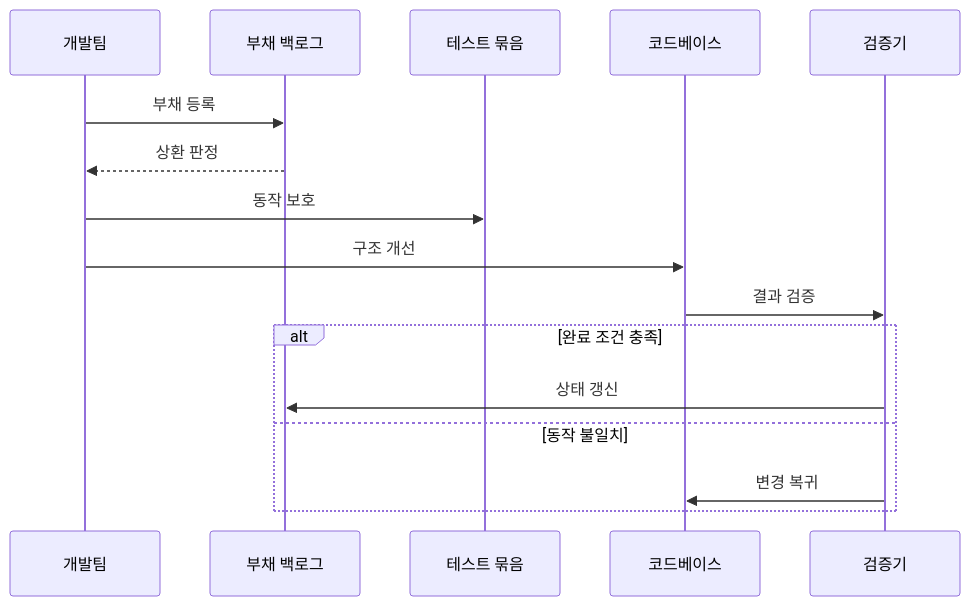
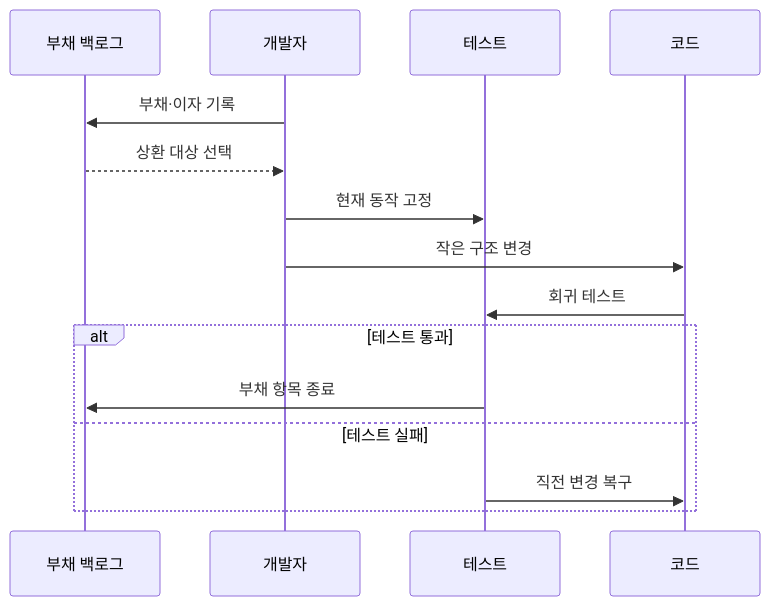
Before and after one commit to agnusdei1207/knowledge-base: the second of 2 diagrams in src/content/docs/notes/03-software/065_refactoring_technical_debt.md, drawn with Mermaid. The commit also changed other lines of this file and 7 other files, not shown here.

````diff
--- a/src/content/docs/notes/03-software/065_refactoring_technical_debt.md
+++ b/src/content/docs/notes/03-software/065_refactoring_technical_debt.md
@@ -95,18 +78,17 @@
 ```mermaid
 sequenceDiagram
-    participant T as 개발팀
     participant B as 부채 백로그
-    participant S as 테스트 묶음
-    participant C as 코드베이스
-    participant V as 검증기
-    T->>B: 부채 등록
-    B-->>T: 상환 판정
-    T->>S: 동작 보호
-    T->>C: 구조 개선
-    C->>V: 결과 검증
-    alt 완료 조건 충족
-        V->>B: 상태 갱신
-    else 동작 불일치
-        V->>C: 변경 복귀
+    participant D as 개발자
+    participant T as 테스트
+    participant C as 코드
+    D->>B: 부채·이자 기록
+    B-->>D: 상환 대상 선택
+    D->>T: 현재 동작 고정
+    D->>C: 작은 구조 변경
+    C->>T: 회귀 테스트
+    alt 테스트 통과
+        T->>B: 부채 항목 종료
+    else 테스트 실패
+        T->>C: 직전 변경 복구
     end
 ```
````
